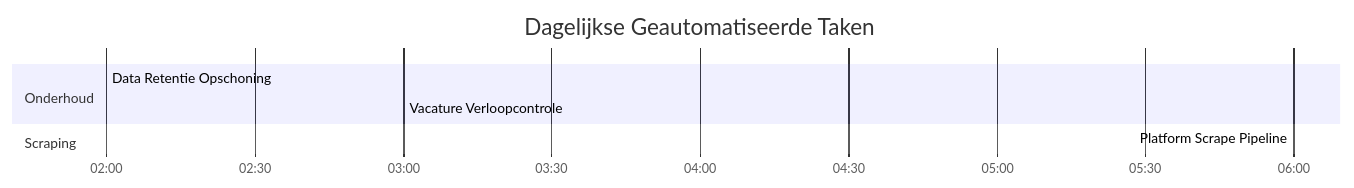
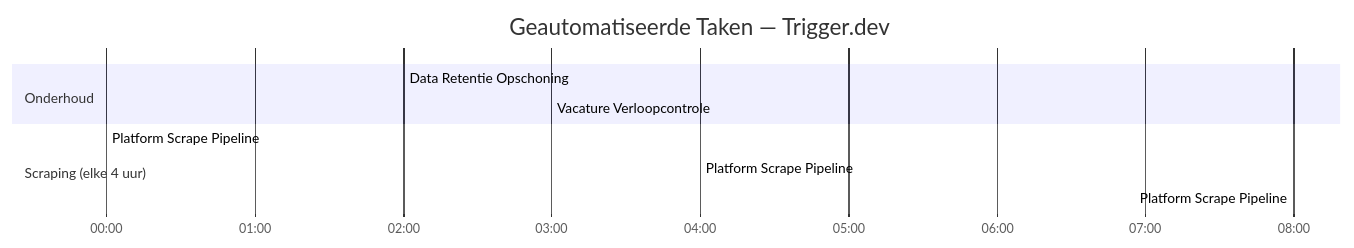
The ninth of 11 diagrams in README.md (RyanLisse/motian), drawn with Mermaid before and after one commit. The commit also changed other lines of this file and 1 other file, not shown here.

First line of the commit message:
docs: update READMEs with 3-layer matching, CV pipeline, Trigger.dev, Grok 4

````diff
--- a/README.md
+++ b/README.md
@@ -296,13 +397,15 @@
 ```mermaid
 gantt
-    title Dagelijkse Geautomatiseerde Taken
+    title Geautomatiseerde Taken — Trigger.dev
     dateFormat HH:mm
     axisFormat %H:%M
 
     section Onderhoud
     Data Retentie Opschoning      :02:00, 30min
     Vacature Verloopcontrole      :03:00, 15min
 
-    section Scraping
-    Platform Scrape Pipeline      :06:00, 45min
+    section Scraping (elke 4 uur)
+    Platform Scrape Pipeline      :00:00, 45min
+    Platform Scrape Pipeline      :04:00, 45min
+    Platform Scrape Pipeline      :08:00, 45min
 ```
````
